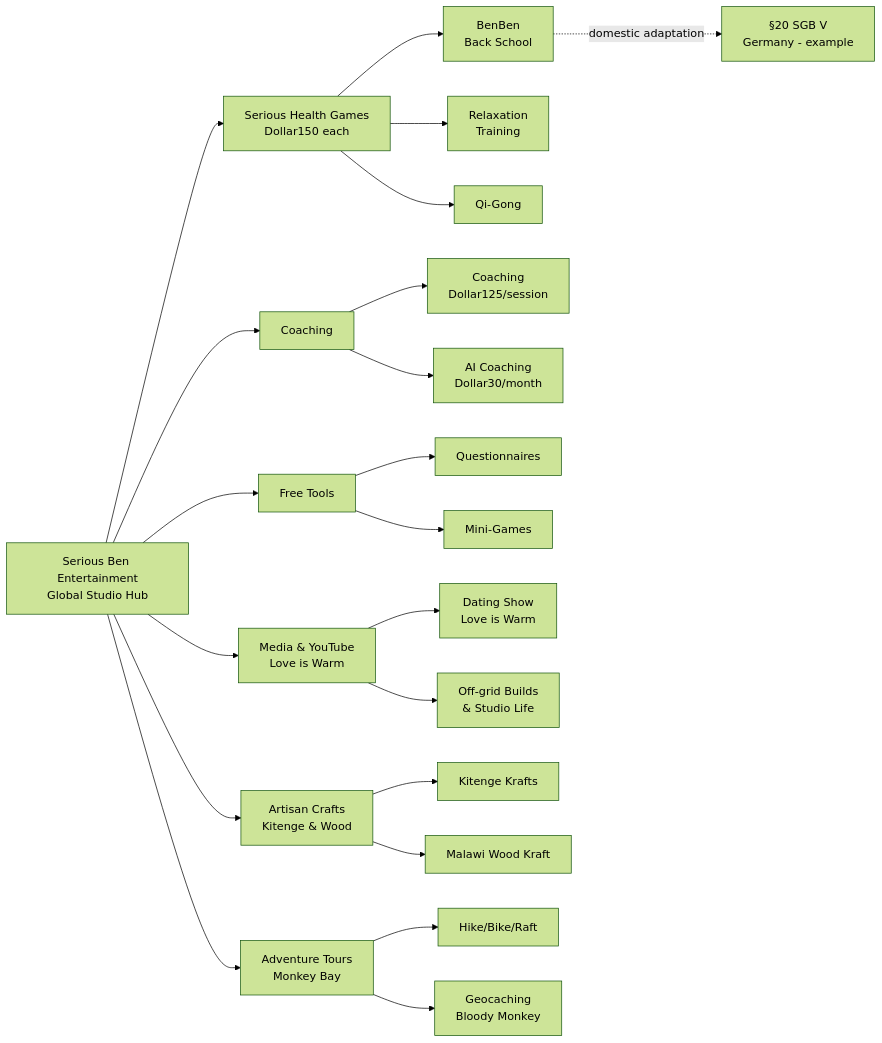
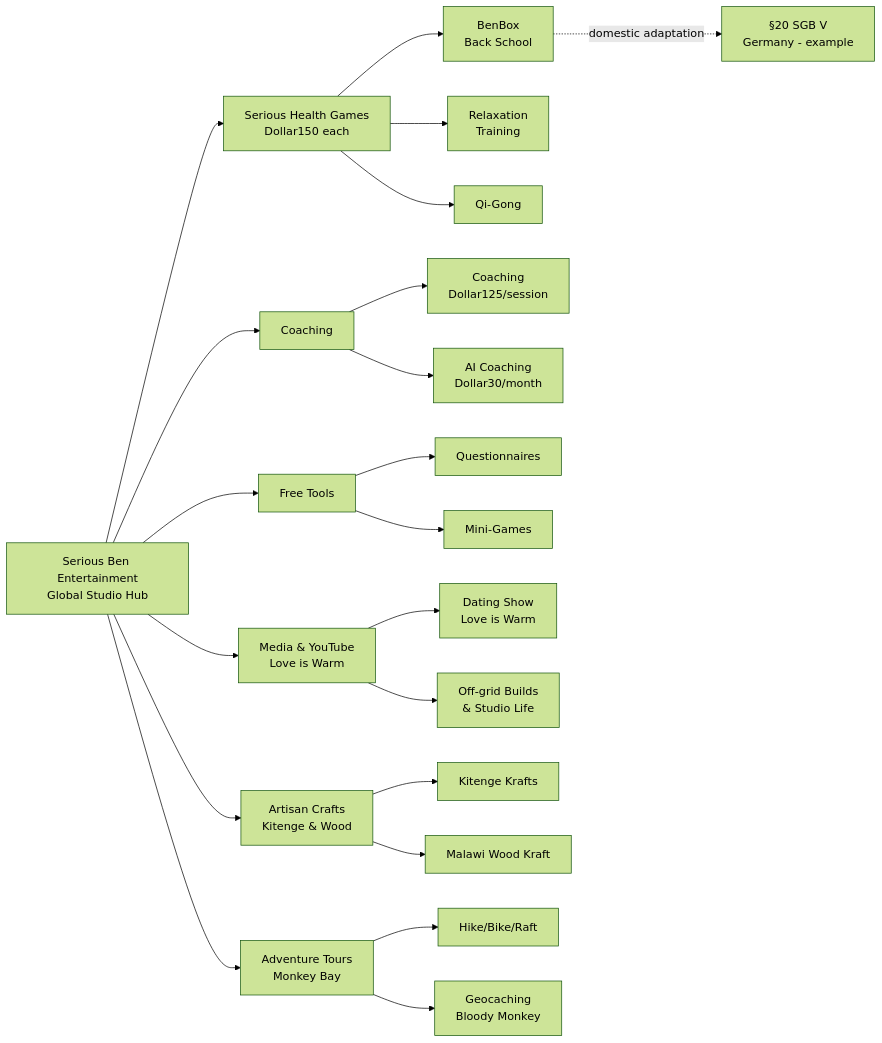
Before and after one commit to DrBenjamin/Businessplan: the second of 2 diagrams in Businessplan.qmd, drawn with Mermaid (forest theme). The commit also changed other lines of this file, not shown here.

````diff
--- a/Businessplan.qmd
+++ b/Businessplan.qmd
@@ -474,33 +477,33 @@
 ```{mermaid}
 %%| fig-cap: "Serious Ben Entertainment Range of Offerings"
 %%| fig-width: 6
 %%| fig-height: 3.5
 graph LR
   A[Serious Ben Entertainment<br/>Global Studio Hub] --> B[Serious Health Games<br/>Dollar150 each]
   A --> C[Coaching]
   A --> D[Free Tools]
   A --> F[Media & YouTube<br/>Love is Warm]
   A --> G[Artisan Crafts<br/>Kitenge & Wood]
   A --> H[Adventure Tours<br/>Monkey Bay]
 
-  B --> B1[BenBen<br/>Back School]
+  B --> B1[BenBox<br/>Back School]
   B --> B2[Relaxation<br/>Training]
   B --> B3[Qi-Gong]
 
   C --> C1[Coaching<br/>Dollar125/session]
   C --> C2[AI Coaching<br/>Dollar30/month]
 
   D --> D1[Questionnaires]
   D --> D2[Mini-Games]
 
   F --> F1[Dating Show<br/>Love is Warm]
   F --> F2[Off-grid Builds<br/>& Studio Life]
 
   G --> G1[Kitenge Krafts]
   G --> G2[Malawi Wood Kraft]
 
   H --> H1[Hike/Bike/Raft]
   H --> H2[Geocaching<br/>Bloody Monkey]
 
   B1 -.domestic adaptation.-> E[§20 SGB V<br/>Germany - example]
 ```
````
